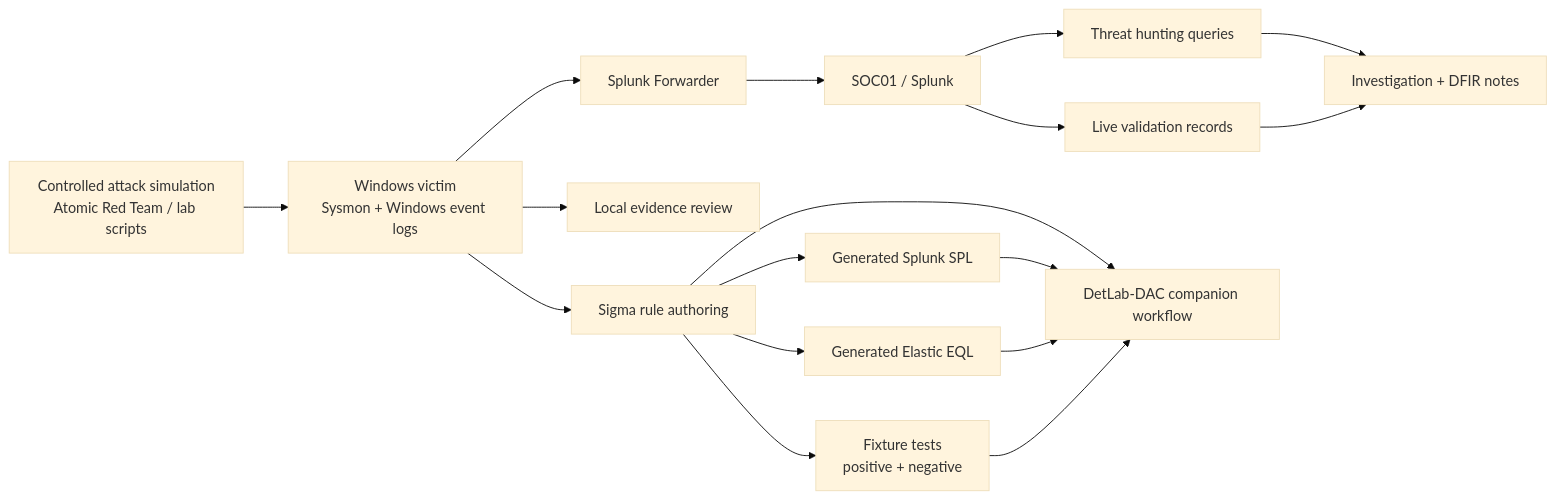
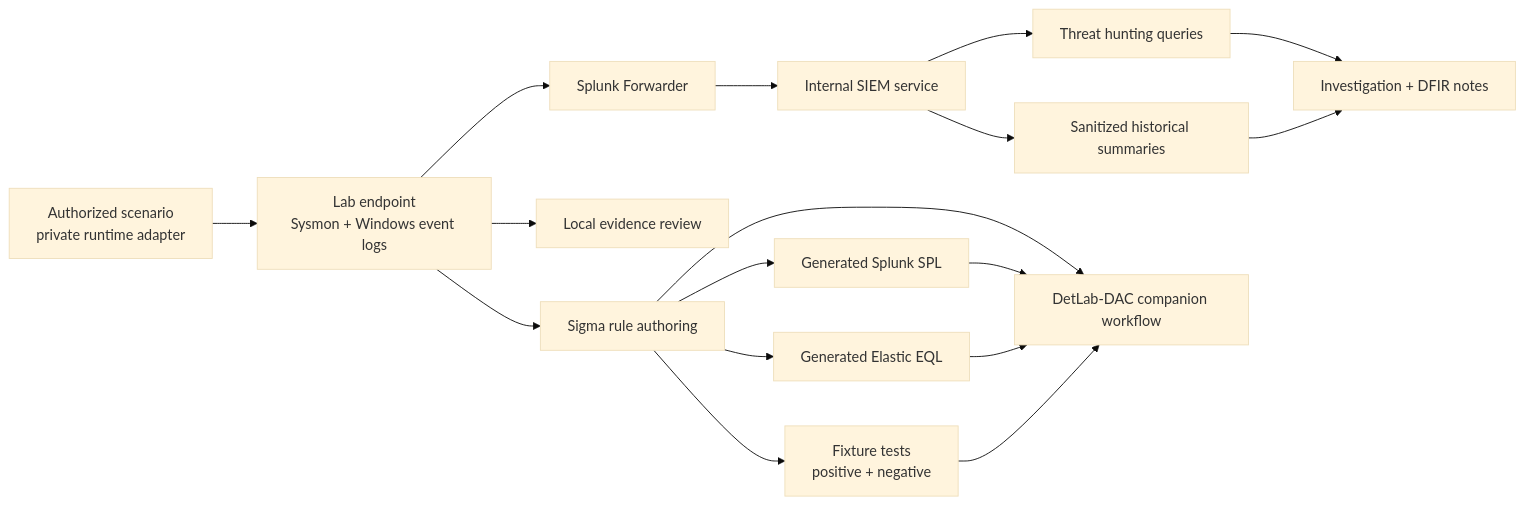
Before and after one commit to egrexsec/cybersecurity-playbook: the diagram in README.md, drawn with Mermaid (base theme). The commit also changed other lines of this file and 111 other files, not shown here.

````diff
--- a/README.md
+++ b/README.md
@@ -66,22 +66,22 @@
 ```mermaid
 flowchart LR
-    A[Controlled attack simulation
-Atomic Red Team / lab scripts] --> B[Windows victim
+    A[Authorized scenario
+private runtime adapter] --> B[Lab endpoint
 Sysmon + Windows event logs]
     B --> C[Splunk Forwarder]
-    C --> D[SOC01 / Splunk]
+    C --> D[Internal SIEM service]
     B --> E[Local evidence review]
     D --> F[Threat hunting queries]
-    D --> G[Live validation records]
+    D --> G[Sanitized historical summaries]
     B --> H[Sigma rule authoring]
     H --> I[Generated Splunk SPL]
     H --> J[Generated Elastic EQL]
     H --> K[Fixture tests
 positive + negative]
     F --> L[Investigation + DFIR notes]
     G --> L
     H --> M[DetLab-DAC companion workflow]
     I --> M
     J --> M
     K --> M
 ```
````
